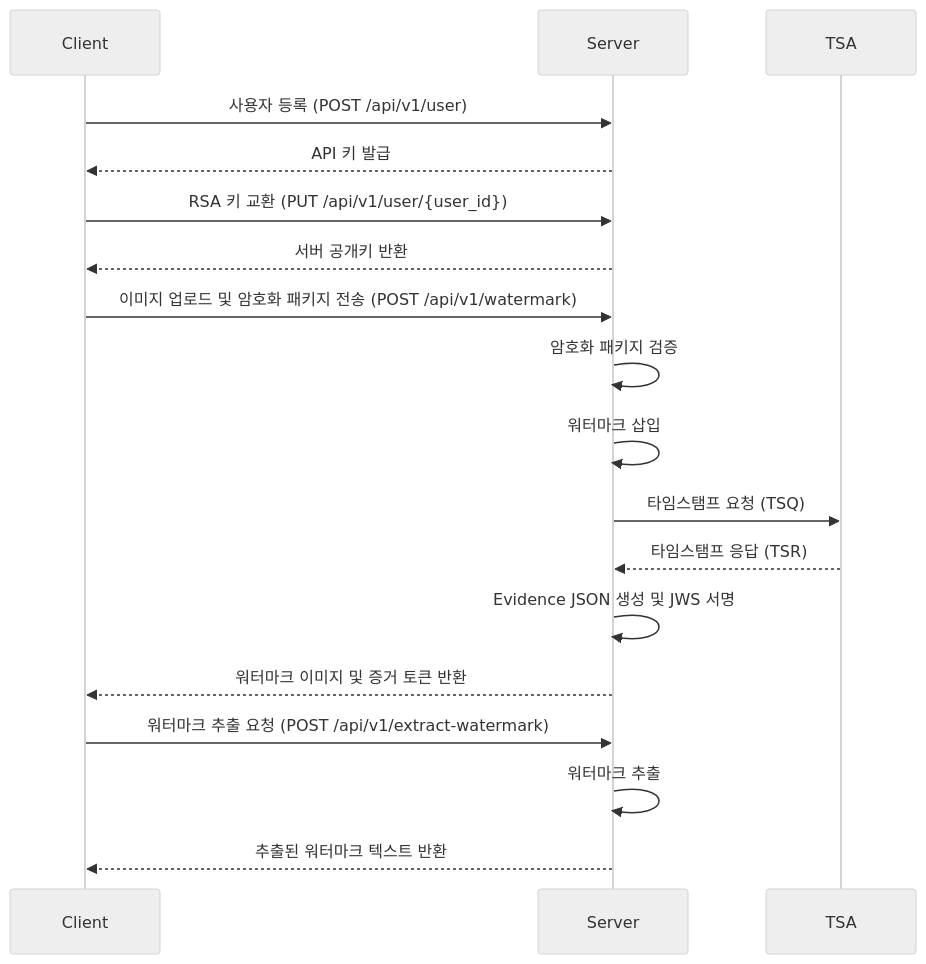
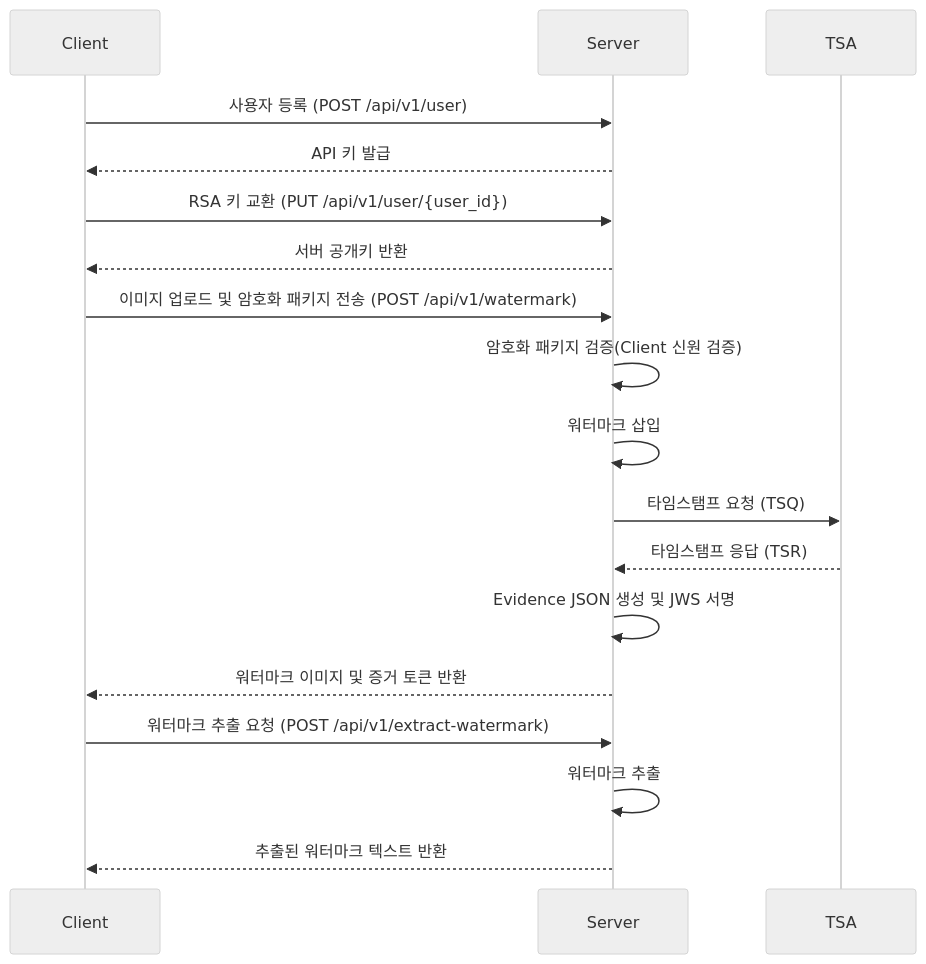
One commit to tanminkwan/invisible-proof changed the diagram in README.md. Above: the diagram before and after it, drawn with Mermaid (neutral theme). The commit also changed other lines of this file, not shown here.

````diff
--- a/README.md
+++ b/README.md
@@ -73,24 +99,24 @@
 ```mermaid
 sequenceDiagram
     participant Client
     participant Server
     participant TSA
 
     Client->>Server: 사용자 등록 (POST /api/v1/user)
     Server-->>Client: API 키 발급
 
     Client->>Server: RSA 키 교환 (PUT /api/v1/user/{user_id})
     Server-->>Client: 서버 공개키 반환
 
     Client->>Server: 이미지 업로드 및 암호화 패키지 전송 (POST /api/v1/watermark)
-    Server->>Server: 암호화 패키지 검증
+    Server->>Server: 암호화 패키지 검증(Client 신원 검증)
     Server->>Server: 워터마크 삽입
     Server->>TSA: 타임스탬프 요청 (TSQ)
     TSA-->>Server: 타임스탬프 응답 (TSR)
     Server->>Server: Evidence JSON 생성 및 JWS 서명
     Server-->>Client: 워터마크 이미지 및 증거 토큰 반환
 
     Client->>Server: 워터마크 추출 요청 (POST /api/v1/extract-watermark)
     Server->>Server: 워터마크 추출
     Server-->>Client: 추출된 워터마크 텍스트 반환
 ```
````
